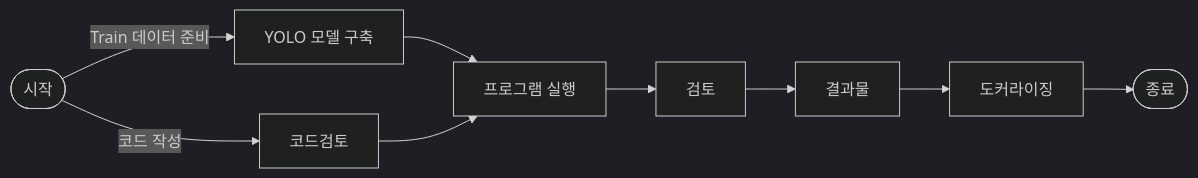
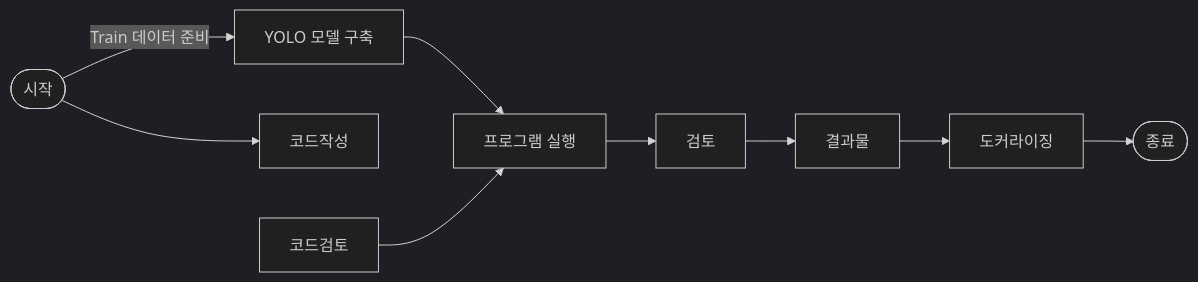
One commit to gamdumdum/my-project changed the first of 2 diagrams in README.md. Above: the diagram before and after it, drawn with Mermaid (dark theme). The commit also changed other lines of this file, not shown here.

````diff
--- a/README.md
+++ b/README.md
@@ -2,17 +2,17 @@
 ```mermaid
 flowchart LR
     시작([시작])
     시작 -->|Train 데이터 준비| Yolo[YOLO 모델 구축]
-    시작 -->|코드 작성| 코드검토[코드검토]
+    시작 --> 코드[코드작성]
 
     Yolo --> 실행[프로그램 실행]
     코드검토 --> 실행
 
     실행 --> 검토[검토]
     검토 --> 결과[결과물]
 
 
     결과 --> 도커[도커라이징]
     도커 --> 종료([종료])
 
 ```
````
